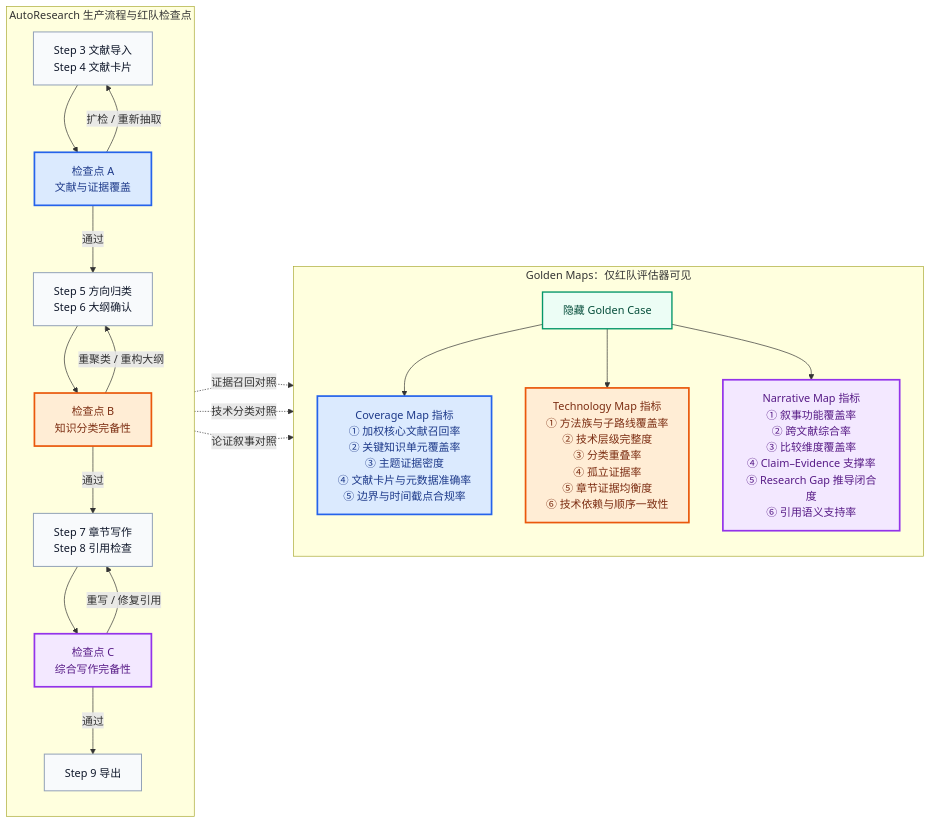
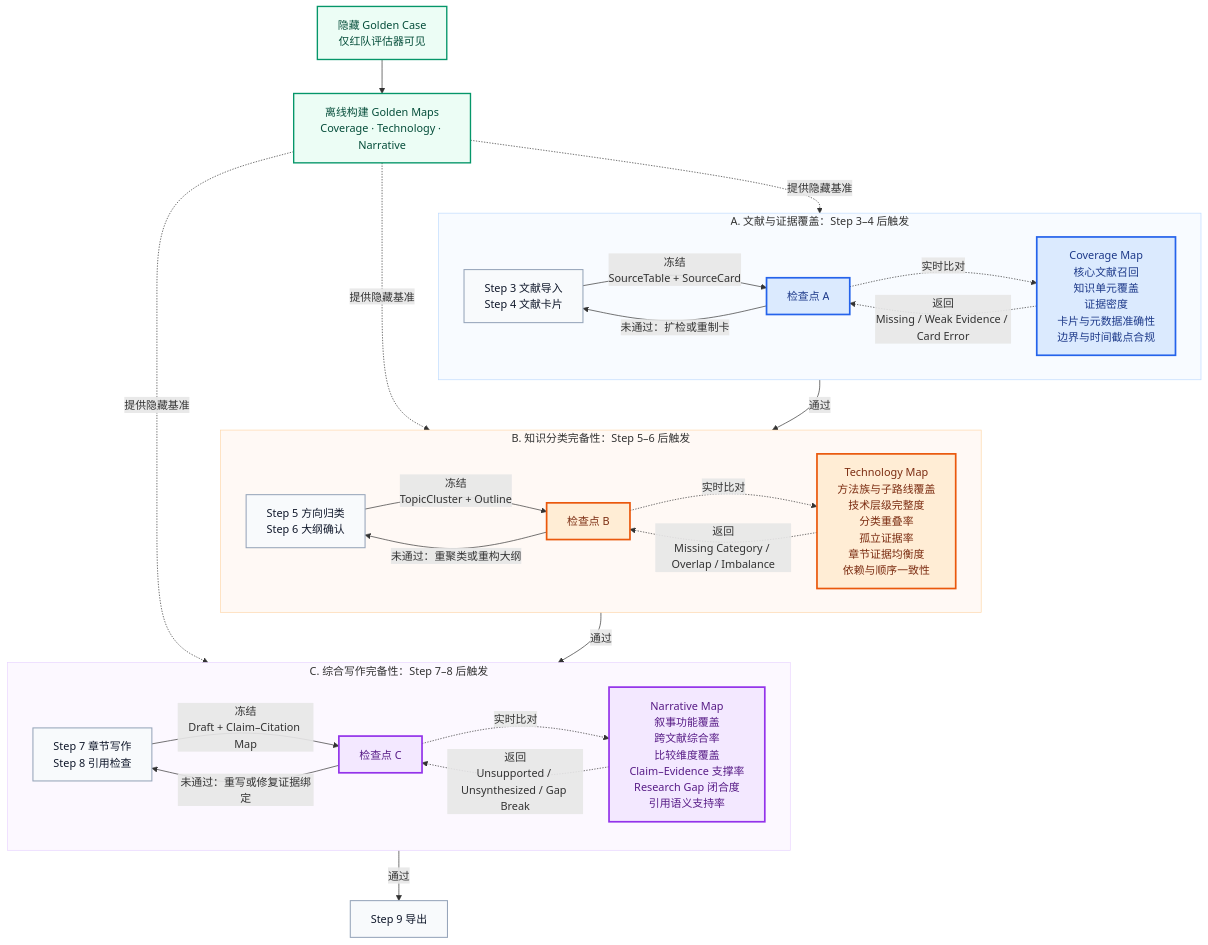
The diagram in docs/golden-case-red-team-benchmark.md (TorinoYip/golden-case-red-team-investigation), drawn with Mermaid before and after one commit.

Commit message:
Restore vertical flow and show checkpoint feedback interactions

````diff
--- a/docs/golden-case-red-team-benchmark.md
+++ b/docs/golden-case-red-team-benchmark.md
@@ -17,48 +17,53 @@
 ```mermaid
-flowchart LR
-    subgraph P["AutoResearch 生产流程与红队检查点"]
-        direction TB
-        S34["Step 3 文献导入<br/>Step 4 文献卡片"] --> A["检查点 A<br/>文献与证据覆盖"]
-        A -->|"通过"| S56["Step 5 方向归类<br/>Step 6 大纲确认"]
-        A -->|"扩检 / 重新抽取"| S34
+flowchart TB
+    G["隐藏 Golden Case<br/>仅红队评估器可见"] --> M["离线构建 Golden Maps<br/>Coverage · Technology · Narrative"]
 
-        S56 --> B["检查点 B<br/>知识分类完备性"]
-        B -->|"通过"| S78["Step 7 章节写作<br/>Step 8 引用检查"]
-        B -->|"重聚类 / 重构大纲"| S56
-
-        S78 --> C["检查点 C<br/>综合写作完备性"]
-        C -->|"通过"| E["Step 9 导出"]
-        C -->|"重写 / 修复引用"| S78
+    subgraph IA["A. 文献与证据覆盖：Step 3–4 后触发"]
+        direction LR
+        S34["Step 3 文献导入<br/>Step 4 文献卡片"] -->|"冻结<br/>SourceTable + SourceCard"| A["检查点 A"]
+        A -. "实时比对" .-> CV["Coverage Map<br/>核心文献召回<br/>知识单元覆盖<br/>证据密度<br/>卡片与元数据准确性<br/>边界与时间截点合规"]
+        CV -. "返回<br/>Missing / Weak Evidence / Card Error" .-> A
     end
 
-    subgraph R["Golden Maps：仅红队评估器可见"]
-        direction TB
-        G["隐藏 Golden Case"]
+    M -. "提供隐藏基准" .-> CV
+    A -->|"未通过：扩检或重制卡"| S34
+    A -->|"通过"| S56
 
-        CV["Coverage Map 指标<br/>① 加权核心文献召回率<br/>② 关键知识单元覆盖率<br/>③ 主题证据密度<br/>④ 文献卡片与元数据准确率<br/>⑤ 边界与时间截点合规率"]
-
-        TV["Technology Map 指标<br/>① 方法族与子路线覆盖率<br/>② 技术层级完整度<br/>③ 分类重叠率<br/>④ 孤立证据率<br/>⑤ 章节证据均衡度<br/>⑥ 技术依赖与顺序一致性"]
-
-        NV["Narrative Map 指标<br/>① 叙事功能覆盖率<br/>② 跨文献综合率<br/>③ 比较维度覆盖率<br/>④ Claim–Evidence 支撑率<br/>⑤ Research Gap 推导闭合度<br/>⑥ 引用语义支持率"]
-
-        G --> CV
-        G --> TV
-        G --> NV
+    subgraph IB["B. 知识分类完备性：Step 5–6 后触发"]
+        direction LR
+        S56["Step 5 方向归类<br/>Step 6 大纲确认"] -->|"冻结<br/>TopicCluster + Outline"| B["检查点 B"]
+        B -. "实时比对" .-> TV["Technology Map<br/>方法族与子路线覆盖<br/>技术层级完整度<br/>分类重叠率<br/>孤立证据率<br/>章节证据均衡度<br/>依赖与顺序一致性"]
+        TV -. "返回<br/>Missing Category / Overlap / Imbalance" .-> B
     end
 
-    A -. "证据召回对照" .-> CV
-    B -. "技术分类对照" .-> TV
-    C -. "论证叙事对照" .-> NV
+    M -. "提供隐藏基准" .-> TV
+    B -->|"未通过：重聚类或重构大纲"| S56
+    B -->|"通过"| S78
+
+    subgraph IC["C. 综合写作完备性：Step 7–8 后触发"]
+        direction LR
+        S78["Step 7 章节写作<br/>Step 8 引用检查"] -->|"冻结<br/>Draft + Claim–Citation Map"| C["检查点 C"]
+        C -. "实时比对" .-> NV["Narrative Map<br/>叙事功能覆盖<br/>跨文献综合率<br/>比较维度覆盖<br/>Claim–Evidence 支撑率<br/>Research Gap 闭合度<br/>引用语义支持率"]
+        NV -. "返回<br/>Unsupported / Unsynthesized / Gap Break" .-> C
+    end
+
+    M -. "提供隐藏基准" .-> NV
+    C -->|"未通过：重写或修复证据绑定"| S78
+    C -->|"通过"| E["Step 9 导出"]
 
     classDef stage fill:#F8FAFC,stroke:#94A3B8,stroke-width:1.5px,color:#0F172A;
     classDef gateA fill:#DBEAFE,stroke:#2563EB,stroke-width:2.5px,color:#1E3A8A;
     classDef gateB fill:#FFEDD5,stroke:#EA580C,stroke-width:2.5px,color:#7C2D12;
     classDef gateC fill:#F3E8FF,stroke:#9333EA,stroke-width:2.5px,color:#581C87;
     classDef gold fill:#ECFDF5,stroke:#059669,stroke-width:2px,color:#064E3B;
 
     class S34,S56,S78,E stage;
     class A,CV gateA;
     class B,TV gateB;
     class C,NV gateC;
-    class G gold;
+    class G,M gold;
+
+    style IA fill:#F8FBFF,stroke:#BFDBFE,stroke-width:1px
+    style IB fill:#FFF9F5,stroke:#FED7AA,stroke-width:1px
+    style IC fill:#FCF8FF,stroke:#E9D5FF,stroke-width:1px
 ```
````
